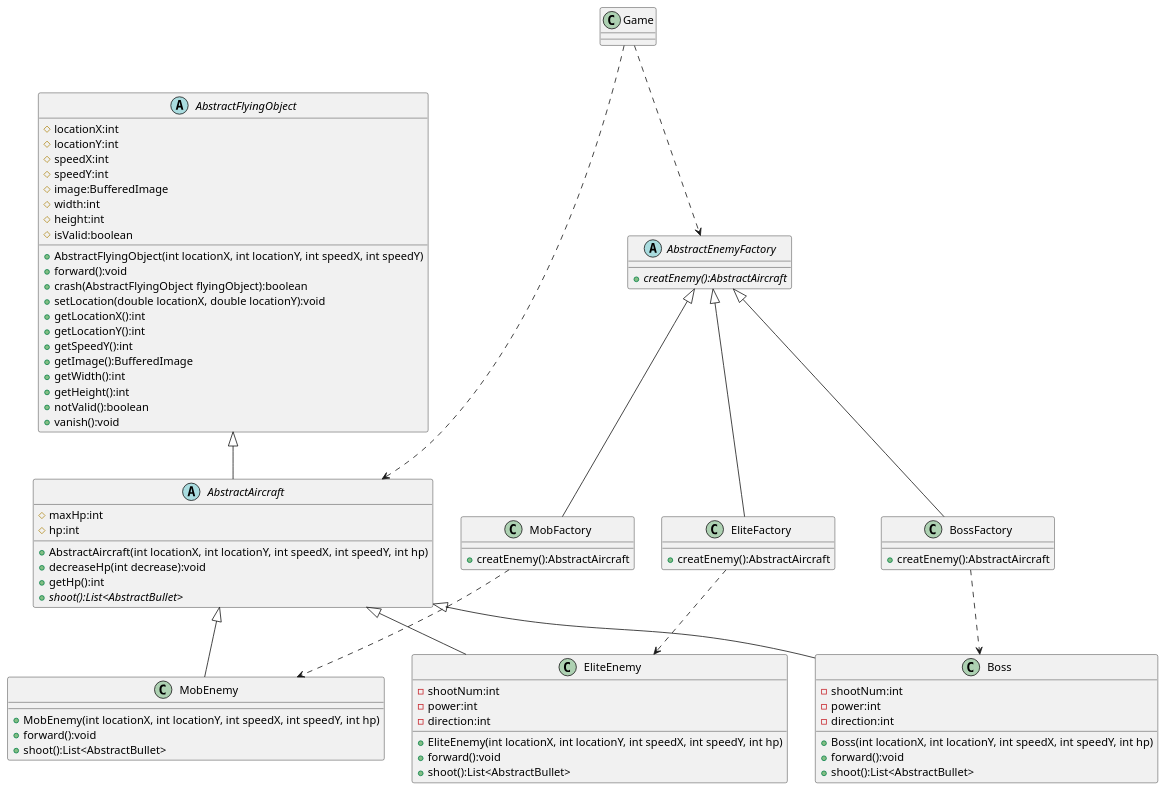
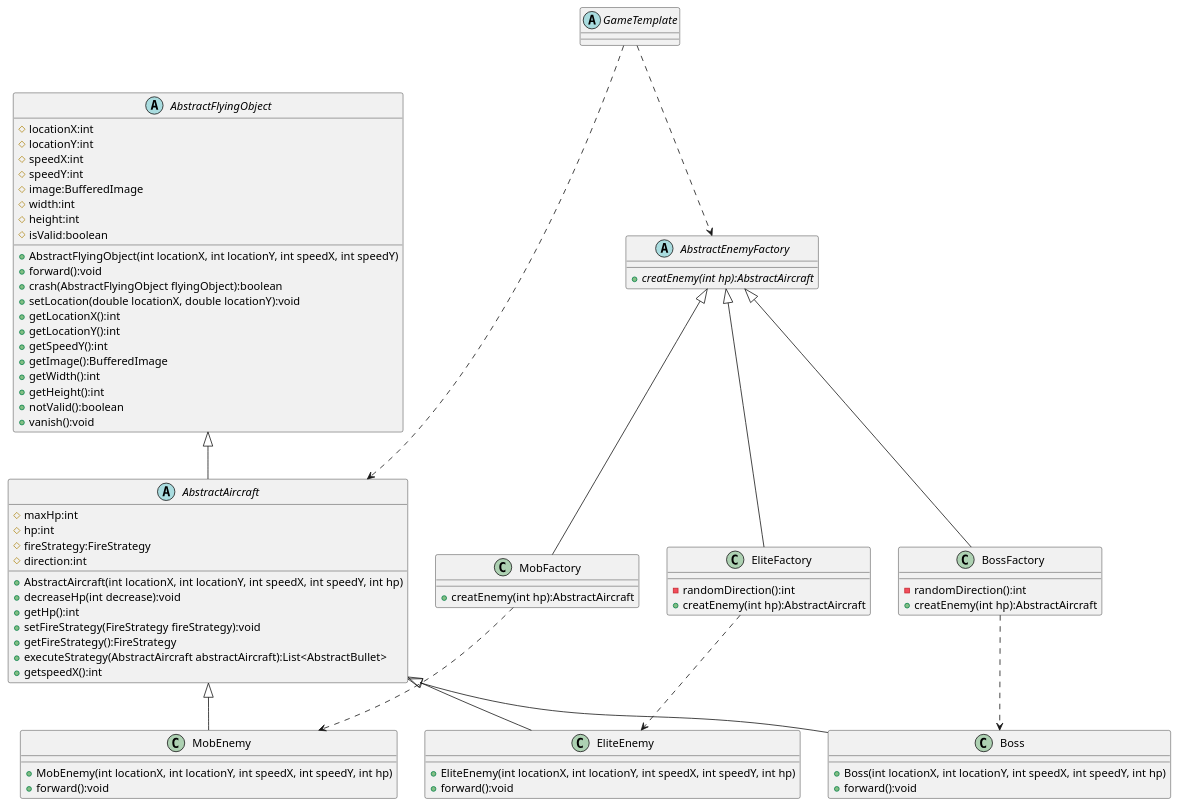
The diagram in uml/EnemyFactory.puml (Straho-Chen/AircraftWar-base), drawn with PlantUML before and after one commit. The commit also changed 35 other files, not shown here.

```diff
--- a/uml/EnemyFactory.puml
+++ b/uml/EnemyFactory.puml
@@ -1,99 +1,97 @@
 @startuml
 'https://plantuml.com/class-diagram
 
 abstract class AbstractEnemyFactory {
-    + {abstract} creatEnemy():AbstractAircraft
+    + {abstract} creatEnemy(int hp):AbstractAircraft
 }
 
 class MobFactory {
-    + creatEnemy():AbstractAircraft
+    + creatEnemy(int hp):AbstractAircraft
 }
 
 class EliteFactory {
-    + creatEnemy():AbstractAircraft
+    - randomDirection():int
+    + creatEnemy(int hp):AbstractAircraft
 }
 
 class BossFactory {
-    + creatEnemy():AbstractAircraft
+    - randomDirection():int
+    + creatEnemy(int hp):AbstractAircraft
 }
 
-class Game {
+abstract class GameTemplate {
 }
 
 abstract class AbstractFlyingObject
 {
     # locationX:int
     # locationY:int
     # speedX:int
     # speedY:int
     # image:BufferedImage
     # width:int
     # height:int
     # isValid:boolean
 
     + AbstractFlyingObject(int locationX, int locationY, int speedX, int speedY)
     + forward():void
     + crash(AbstractFlyingObject flyingObject):boolean
     + setLocation(double locationX, double locationY):void
     + getLocationX():int
     + getLocationY():int
     + getSpeedY():int
     + getImage():BufferedImage
     + getWidth():int
     + getHeight():int
     + notValid():boolean
     + vanish():void
 }
 
 abstract class AbstractAircraft
 {
 	# maxHp:int
     # hp:int
+    # fireStrategy:FireStrategy
+    # direction:int
     + AbstractAircraft(int locationX, int locationY, int speedX, int speedY, int hp)
     + decreaseHp(int decrease):void
     + getHp():int
-    + {abstract} shoot():List<AbstractBullet>
+    + setFireStrategy(FireStrategy fireStrategy):void
+    + getFireStrategy():FireStrategy
+    + executeStrategy(AbstractAircraft abstractAircraft):List<AbstractBullet>
+    + getspeedX():int
 }
 
 class MobEnemy {
     + MobEnemy(int locationX, int locationY, int speedX, int speedY, int hp)
     + forward():void
-    + shoot():List<AbstractBullet>
 }
 
 class EliteEnemy {
-    - shootNum:int
-    - power:int
-    - direction:int
     + EliteEnemy(int locationX, int locationY, int speedX, int speedY, int hp)
     + forward():void
-    + shoot():List<AbstractBullet>
 }
 
 class Boss {
-    - shootNum:int
-    - power:int
-    - direction:int
     + Boss(int locationX, int locationY, int speedX, int speedY, int hp)
     + forward():void
-    + shoot():List<AbstractBullet>
 }
 
 AbstractFlyingObject <|-- AbstractAircraft
 
 AbstractAircraft <|-- MobEnemy
 AbstractAircraft <|-- EliteEnemy
 AbstractAircraft <|-- Boss
 
 AbstractEnemyFactory <|-- MobFactory
 AbstractEnemyFactory <|-- EliteFactory
 AbstractEnemyFactory <|-- BossFactory
 
-Game ..> AbstractEnemyFactory
-Game ..> AbstractAircraft
+GameTemplate ..> AbstractEnemyFactory
+GameTemplate ..> AbstractAircraft
 
 MobFactory ..> MobEnemy
 EliteFactory ..> EliteEnemy
 BossFactory ..> Boss
 
 @enduml
```
